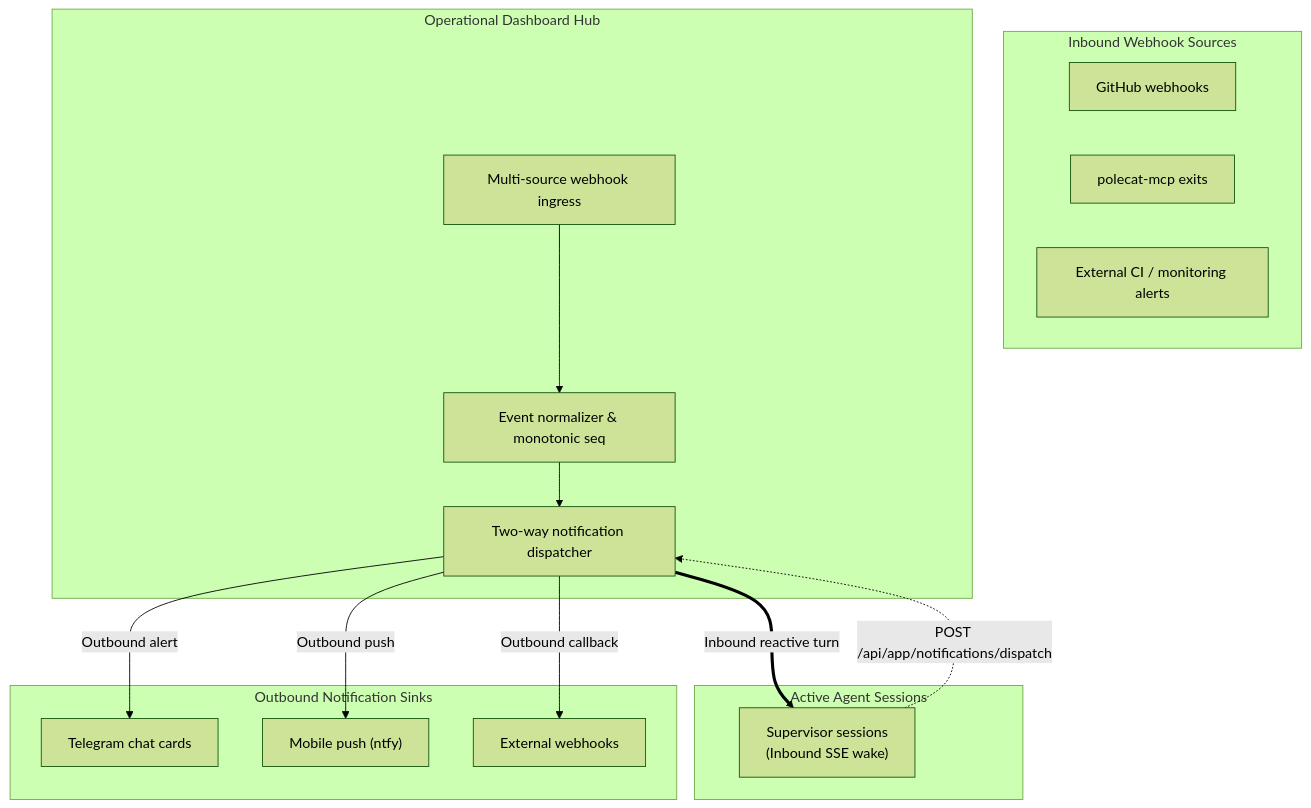
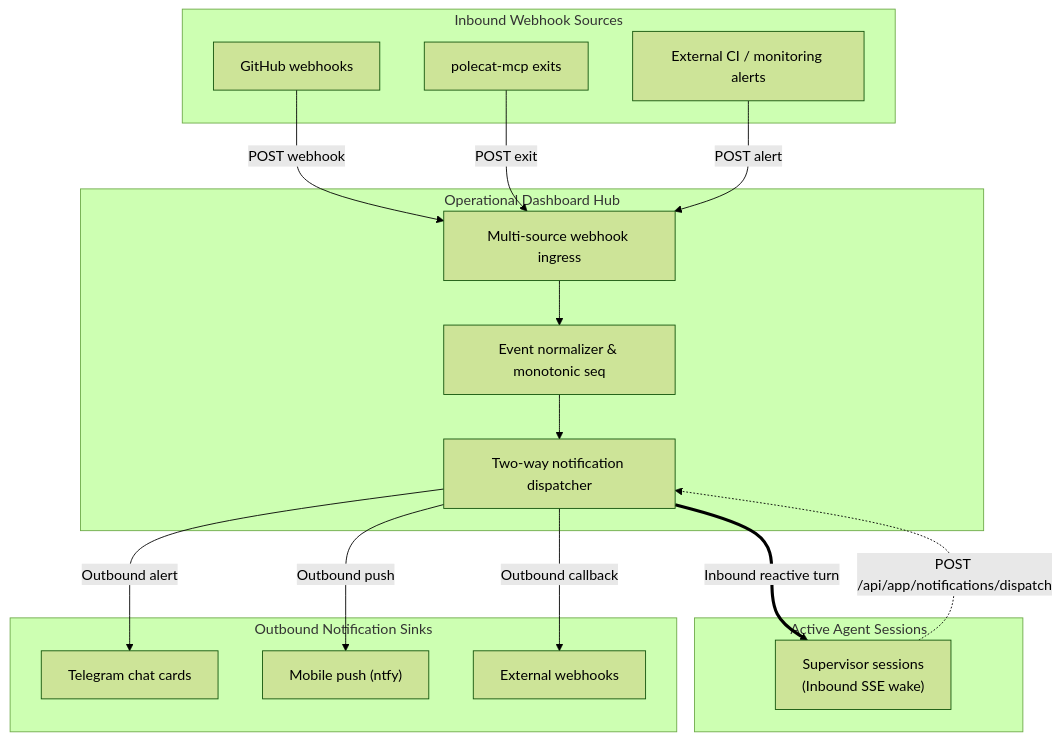
The fifth of 7 diagrams in specs/telegram/mini-app-dashboard-integration.md (nicsuzor/academicOps), drawn with Mermaid (forest theme) before and after one commit. The commit also changed other lines of this file, not shown here.

First line of the commit message:
docs(specs): sanitize hostnames, remove provenance tokens, scope perimeter bypass, and restore Option 6.E diagram edges

````diff
--- a/specs/telegram/mini-app-dashboard-integration.md
+++ b/specs/telegram/mini-app-dashboard-integration.md
@@ -433,27 +433,30 @@
 ```mermaid
 flowchart TD
     subgraph Inbound["Inbound Webhook Sources"]
         GH["GitHub webhooks"]
         PW["polecat-mcp exits"]
         EXT["External CI / monitoring alerts"]
     end
     subgraph Dashboard["Operational Dashboard Hub"]
         GW["Multi-source webhook ingress"]
         NORM["Event normalizer & monotonic seq"]
         DISP["Two-way notification dispatcher"]
         GW --> NORM --> DISP
     end
     subgraph InternalSessions["Active Agent Sessions"]
         SESS["Supervisor sessions<br/>(Inbound SSE wake)"]
         DISP ==>|"Inbound reactive turn"| SESS
     end
     subgraph Outbound["Outbound Notification Sinks"]
         TG["Telegram chat cards"]
         NTFY["Mobile push (ntfy)"]
         CB["External webhooks"]
         DISP -->|"Outbound alert"| TG
         DISP -->|"Outbound push"| NTFY
         DISP -->|"Outbound callback"| CB
     end
+    GH -->|"POST webhook"| GW
+    PW -->|"POST exit"| GW
+    EXT -->|"POST alert"| GW
     SESS -.->|"POST /api/app/notifications/dispatch"| DISP
 ```
````
